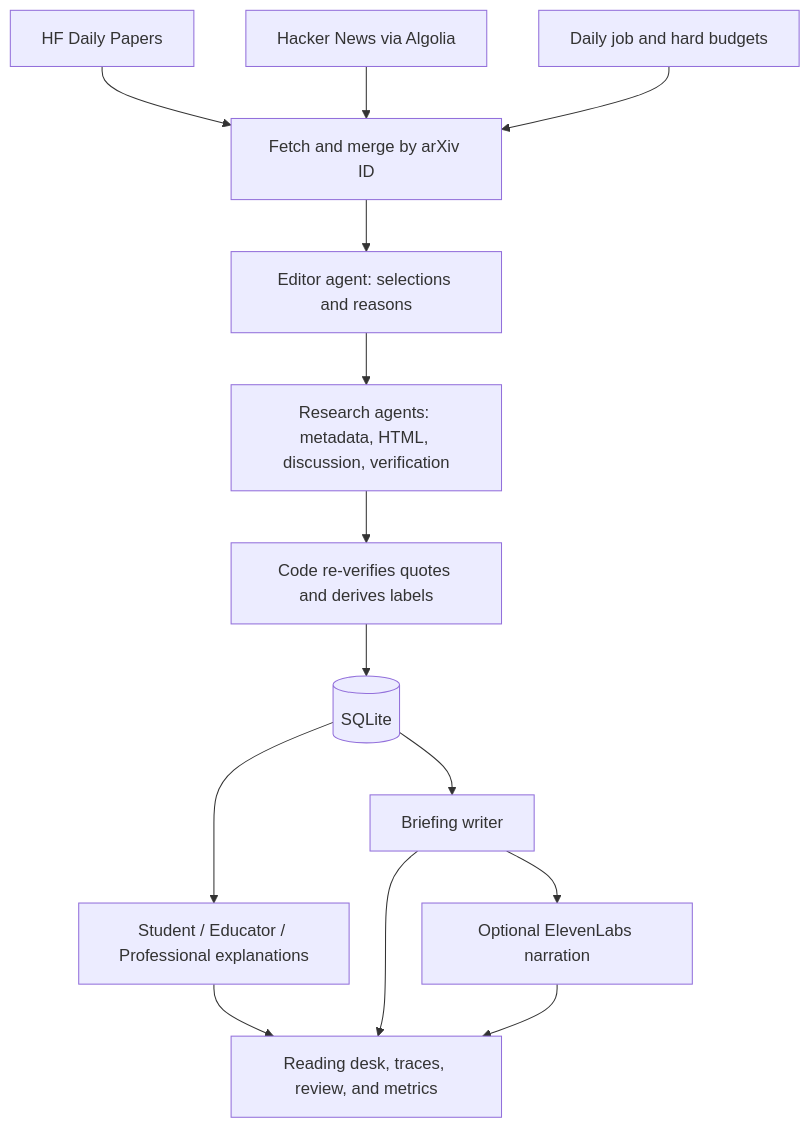
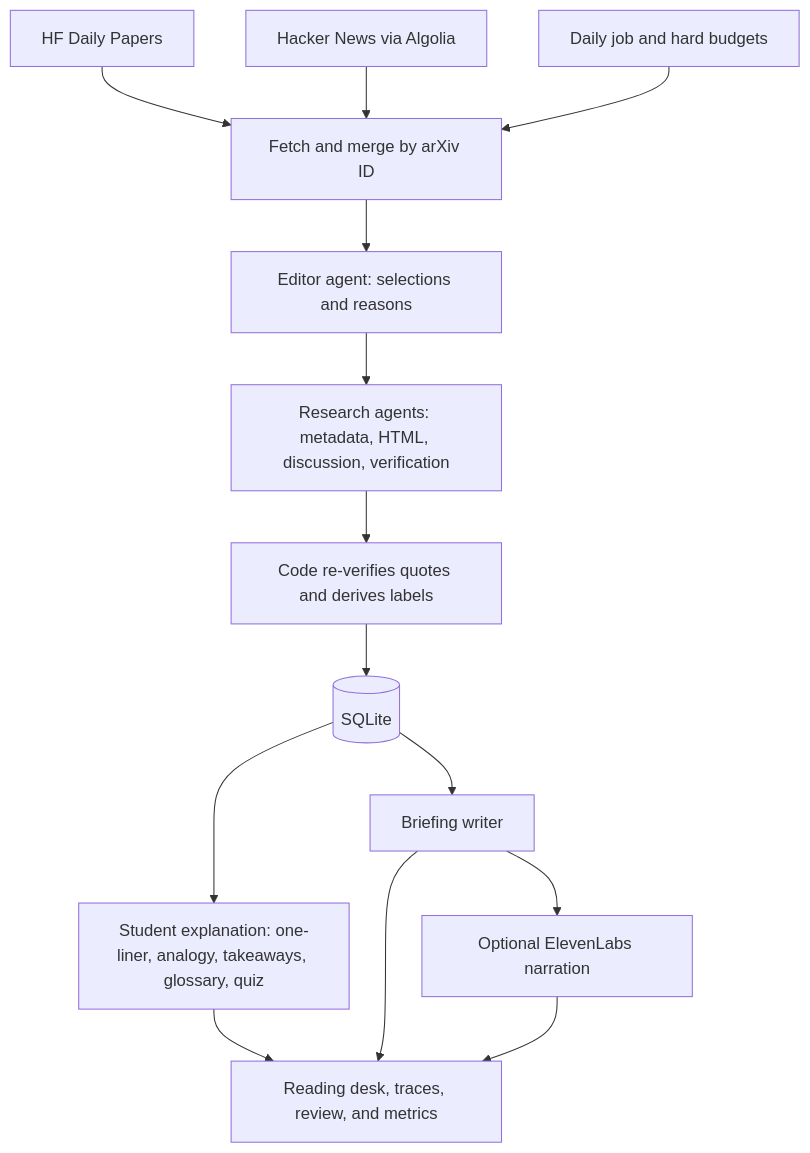
Before and after one commit to ankojh/ai-news: the diagram in README.md, drawn with Mermaid. The commit also changed other lines of this file and 26 other files, not shown here.

First line of the commit message:
Student newspaper redesign, deeper explanations, run button and audio

````diff
--- a/README.md
+++ b/README.md
@@ -87,16 +87,16 @@
 ```mermaid
 flowchart TD
   HF[HF Daily Papers] --> M[Fetch and merge by arXiv ID]
   HN[Hacker News via Algolia] --> M
   J[Daily job and hard budgets] --> M
   M --> E[Editor agent: selections and reasons]
   E --> R[Research agents: metadata, HTML, discussion, verification]
   R --> V[Code re-verifies quotes and derives labels]
   V --> S[(SQLite)]
-  S --> X[Student / Educator / Professional explanations]
+  S --> X[Student explanation: one-liner, analogy, takeaways, glossary, quiz]
   S --> B[Briefing writer]
   B --> T[Optional ElevenLabs narration]
   X --> UI[Reading desk, traces, review, and metrics]
   B --> UI
   T --> UI
 ```
````
